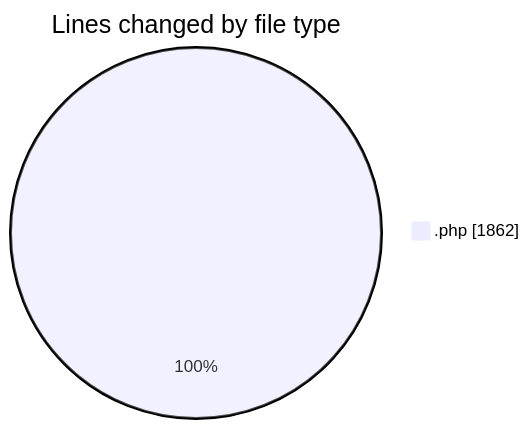
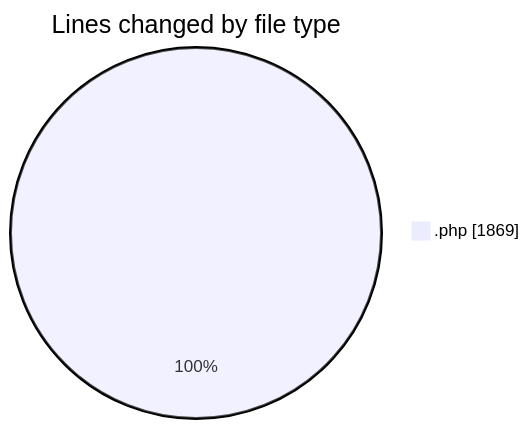
The first of 2 diagrams in 2025-10-17/untitled__workspace_/README.md (debugP/code-tracking), drawn with Mermaid before and after one commit. The commit also changed other lines of this file and 1 other file, not shown here.

````diff
--- a/2025-10-17/untitled__workspace_/README.md
+++ b/2025-10-17/untitled__workspace_/README.md
@@ -22,5 +22,5 @@
 ```mermaid
 pie showData
 title Lines changed by file type
-".php" : 1862
+".php" : 1869
 ```
````
